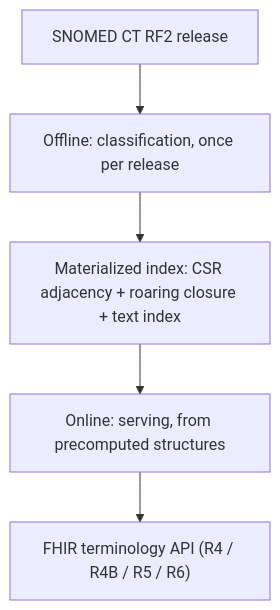
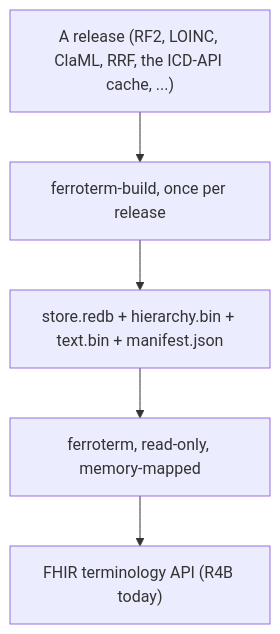
Before and after one commit to rubentalstra/FerroTERM: the diagram in website/book/src/evaluate/architecture.md, drawn with Mermaid. The commit also changed other lines of this file and 19 other files, not shown here.

````diff
--- a/website/book/src/evaluate/architecture.md
+++ b/website/book/src/evaluate/architecture.md
@@ -19,7 +15,7 @@
 ```mermaid
 graph TD
-    R["SNOMED CT RF2 release"] --> OFF["Offline: classification, once per release"]
-    OFF --> IDX["Materialized index: CSR adjacency + roaring closure + text index"]
-    IDX --> ON["Online: serving, from precomputed structures"]
-    ON --> API["FHIR terminology API (R4 / R4B / R5 / R6)"]
+    R["A release (RF2, LOINC, ClaML, RRF, the ICD-API cache, ...)"] --> BUILD["ferroterm-build, once per release"]
+    BUILD --> IDX["store.redb + hierarchy.bin + text.bin + manifest.json"]
+    IDX --> SRV["ferroterm, read-only, memory-mapped"]
+    SRV --> API["FHIR terminology API (R4B today)"]
 ```
````
